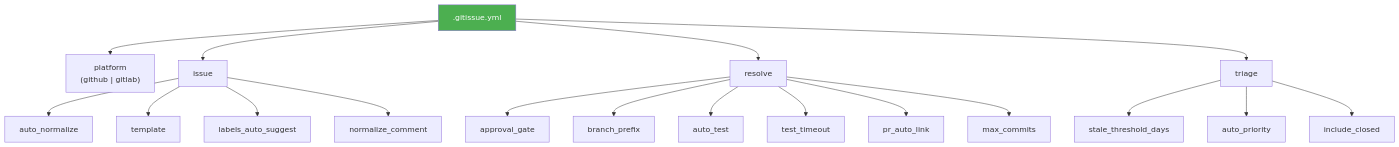
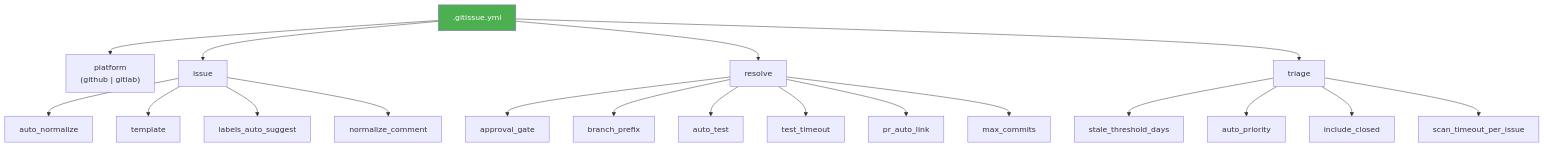
One commit to luongnv89/idd changed the third of 3 diagrams in docs/config-schema.md. Above: the diagram before and after it, drawn with Mermaid. The commit also changed other lines of this file and 19 other files, not shown here.

First line of the commit message:
refactor: lean issues architecture — remove codebase analysis from issues

````diff
--- a/docs/config-schema.md
+++ b/docs/config-schema.md
@@ -134,25 +141,26 @@
 ```mermaid
 graph TD
     R[".gitissue.yml"] --> P["platform<br/>(github | gitlab)"]
     R --> I["issue"]
     R --> RS["resolve"]
     R --> T["triage"]
 
     I --> I1["auto_normalize"]
     I --> I2["template"]
     I --> I3["labels_auto_suggest"]
     I --> I4["normalize_comment"]
 
     RS --> R1["approval_gate"]
     RS --> R2["branch_prefix"]
     RS --> R3["auto_test"]
     RS --> R4["test_timeout"]
     RS --> R5["pr_auto_link"]
     RS --> R6["max_commits"]
 
     T --> T1["stale_threshold_days"]
     T --> T2["auto_priority"]
     T --> T3["include_closed"]
+    T --> T4["scan_timeout_per_issue"]
 
     style R fill:#4CAF50,color:#fff
 ```
````
